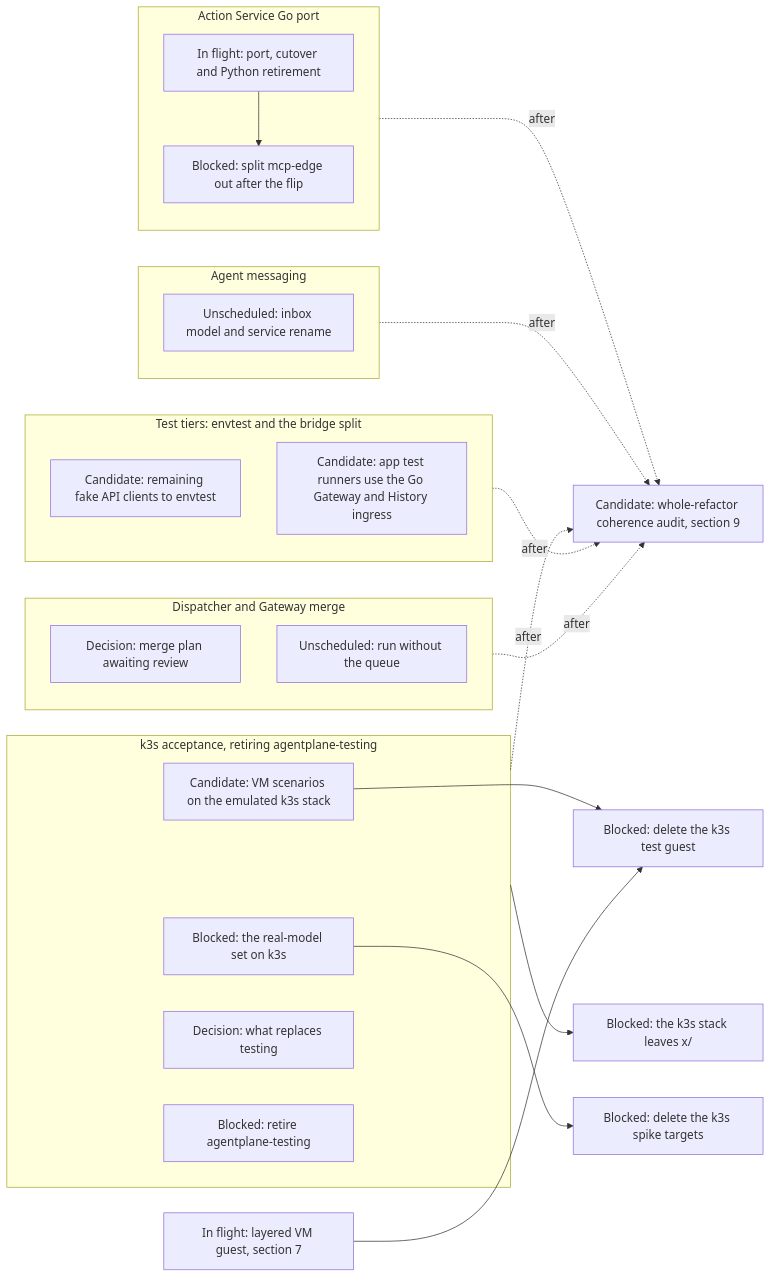
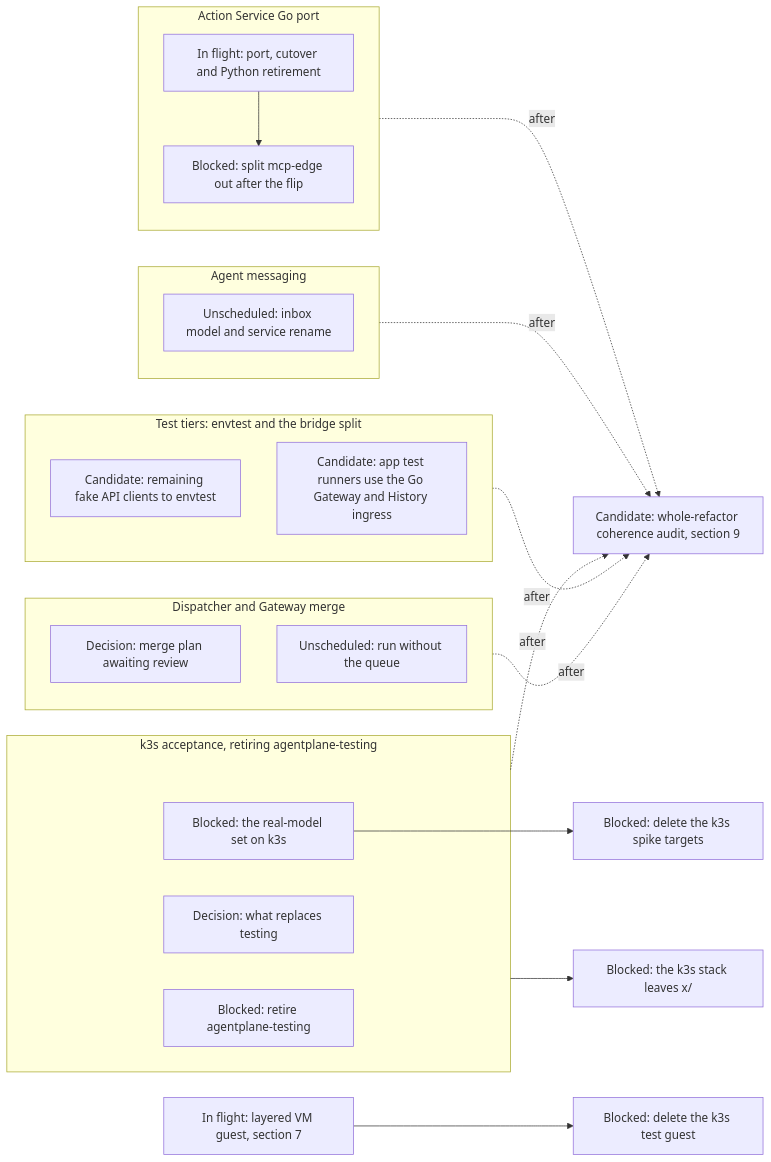
One commit to agentydragon-agent/ducktape changed the first of 19 diagrams in agentplane/plans/task_dag.md. Above: the diagram before and after it, drawn with Mermaid. The commit also changed other lines of this file and 20 other files, not shown here.

First line of the commit message:
agentplane acceptance: run the VM scenarios on the emulated k3s stack

````diff
--- a/agentplane/plans/task_dag.md
+++ b/agentplane/plans/task_dag.md
@@ -29,34 +29,32 @@
 ```mermaid
 flowchart LR
     subgraph ACTION_TRACK[Action Service Go port]
         ACTION_SERVICE_GO_PORT[In flight: port, cutover and Python retirement]
         ACTION_MCP_EDGE_SPLIT[Blocked: split mcp-edge out after the flip]
     end
     subgraph MESSAGING_TRACK[Agent messaging]
         NOTIFICATION_SERVICE_SPLIT[Unscheduled: inbox model and service rename]
     end
     subgraph K3S_TRACK[k3s acceptance, retiring agentplane-testing]
-        K3S_VM_ACCEPTANCE[Candidate: VM scenarios on the emulated k3s stack]
         K3S_MODEL_SCENARIOS[Blocked: the real-model set on k3s]
         TESTING_ROLLOUT_ROLE[Decision: what replaces testing]
         TESTING_ENVIRONMENT_RETIRE[Blocked: retire agentplane-testing]
     end
     subgraph TIER_TRACK[Test tiers: envtest and the bridge split]
         FAKE_CLIENTS_TO_ENVTEST[Candidate: remaining fake API clients to envtest]
         APP_TEST_RUNNER_FIXTURES_GO[Candidate: app test runners use the Go Gateway and History ingress]
     end
     subgraph DISPATCH_TRACK[Dispatcher and Gateway merge]
         DISPATCHER_PERSISTENCE_MODEL_DESIGN[Decision: merge plan awaiting review]
         DISPATCHER_QUEUE_OPTIONAL[Unscheduled: run without the queue]
     end
     ACTION_SERVICE_GO_PORT --> ACTION_MCP_EDGE_SPLIT
     K3S_TRACK --> K3S_ENV_OUT_OF_X[Blocked: the k3s stack leaves x/]
     K3S_MODEL_SCENARIOS --> K3S_SPIKE_TARGETS_RETIRE[Blocked: delete the k3s spike targets]
-    K3S_VM_ACCEPTANCE --> K3S_TEST_GUEST_RETIRE[Blocked: delete the k3s test guest]
-    RUNNER_LAYERING_VM[In flight: layered VM guest, section 7] --> K3S_TEST_GUEST_RETIRE
+    RUNNER_LAYERING_VM[In flight: layered VM guest, section 7] --> K3S_TEST_GUEST_RETIRE[Blocked: delete the k3s test guest]
     ACTION_TRACK -. after .-> REFACTOR_COHERENCE_AUDIT[Candidate: whole-refactor coherence audit, section 9]
     MESSAGING_TRACK -. after .-> REFACTOR_COHERENCE_AUDIT
     K3S_TRACK -. after .-> REFACTOR_COHERENCE_AUDIT
     TIER_TRACK -. after .-> REFACTOR_COHERENCE_AUDIT
     DISPATCH_TRACK -. after .-> REFACTOR_COHERENCE_AUDIT
 ```
````
